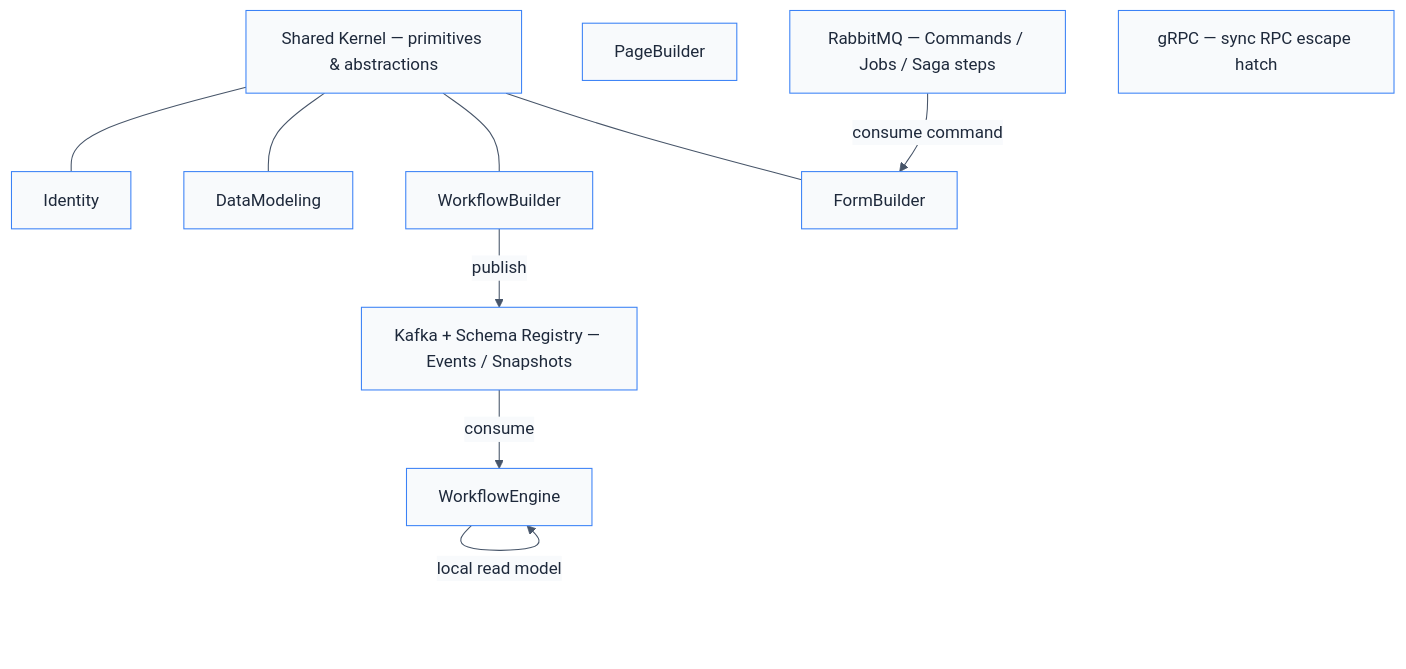
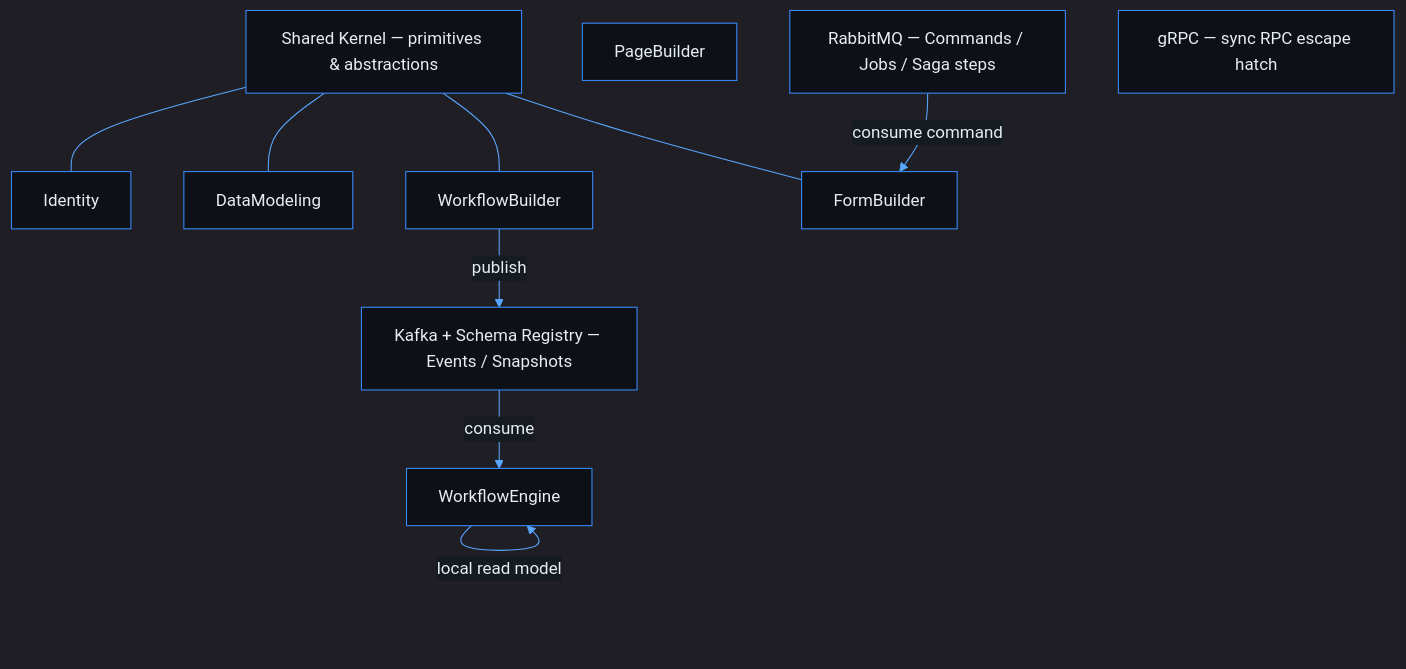
The third of 3 diagrams in docs/README.md (phuongnse/axis), drawn with Mermaid before and after one commit. The commit also changed other lines of this file and 14 other files, not shown here.

Commit message:
docs: standardize Mermaid dark theme across all diagrams

````diff
--- a/docs/README.md
+++ b/docs/README.md
@@ -148,22 +151,23 @@
 ```mermaid
-%%{init: {'theme':'base','themeVariables':{'background':'#f8fafc','mainBkg':'#f8fafc','primaryColor':'#dbeafe','primaryBorderColor':'#3b82f6','primaryTextColor':'#1e293b','secondaryColor':'#f0f9ff','tertiaryColor':'#f8fafc','lineColor':'#475569','clusterBkg':'#f0f9ff','edgeLabelBackground':'#f8fafc','actorBkg':'#dbeafe','actorBorder':'#3b82f6','actorTextColor':'#1e293b','signalColor':'#475569','labelBoxBkgColor':'#f0f9ff','noteBkgColor':'#f0f9ff'}}}%%
+%%{init: {'theme':'dark','themeVariables':{'background':'#0d1117','mainBkg':'#0d1117','primaryColor':'#161b22','primaryBorderColor':'#388bfd','primaryTextColor':'#e6edf3','secondaryColor':'#21262d','secondaryBorderColor':'#388bfd','secondaryTextColor':'#e6edf3','tertiaryColor':'#161b22','tertiaryTextColor':'#e6edf3','lineColor':'#58a6ff','textColor':'#e6edf3','nodeBorder':'#388bfd','clusterBkg':'#161b22','clusterBorder':'#388bfd','titleColor':'#e6edf3','edgeLabelBackground':'#161b22','actorBkg':'#161b22','actorBorder':'#388bfd','actorTextColor':'#e6edf3','signalColor':'#58a6ff','labelBoxBkgColor':'#161b22','labelBoxBorderColor':'#388bfd','noteBkgColor':'#161b22','noteBorderColor':'#388bfd','noteTextColor':'#c9d1d9','activationBkgColor':'#30363d'}}}%%
+
 flowchart TB
   SK[Shared Kernel — primitives & abstractions]
 
   ID[Identity]
   DM[DataModeling]
   WB[WorkflowBuilder]
   FB[FormBuilder]
   WE[WorkflowEngine]
   PB[PageBuilder]
 
   SK --- ID & DM & WB & FB
   Kafka[Kafka + Schema Registry — Events / Snapshots]
   RMQ[RabbitMQ — Commands / Jobs / Saga steps]
   GRPC[gRPC — sync RPC escape hatch]
 
   WB -->|publish| Kafka
   Kafka -->|consume| WE
   RMQ -->|consume command| FB
   WE -->|local read model| WE
 ```
````
